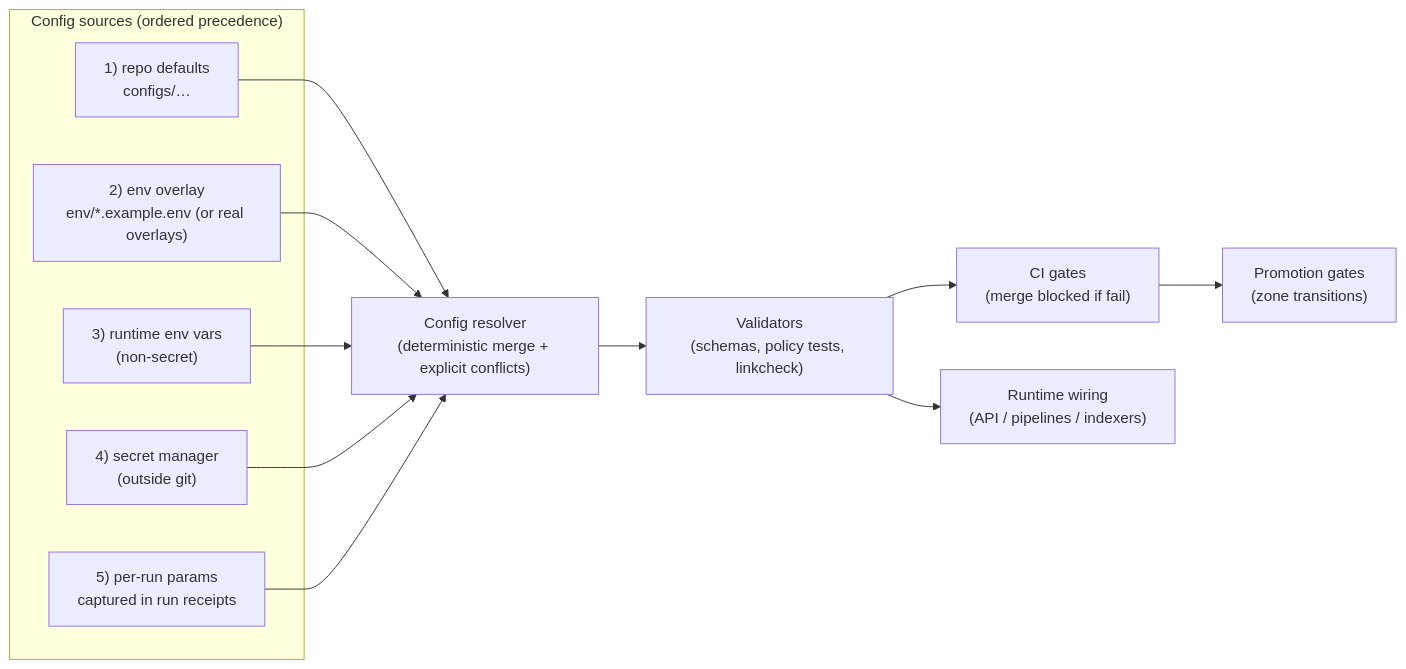
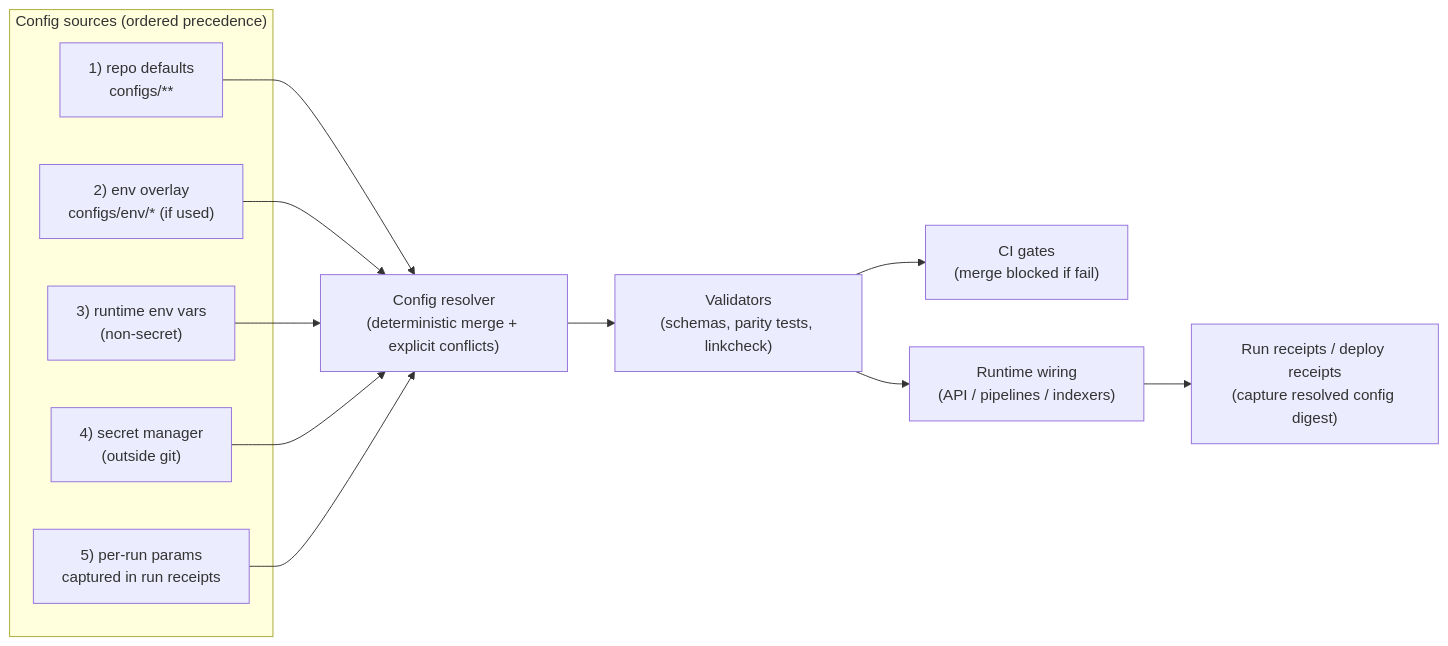
One commit to bartytime4life/Kansas-Frontier-Matrix changed the diagram in configs/README.md. Above: the diagram before and after it, drawn with Mermaid. The commit also changed other lines of this file, not shown here.

````diff
--- a/configs/README.md
+++ b/configs/README.md
@@ -317,24 +395,24 @@
 ```mermaid
 flowchart LR
   subgraph Sources["Config sources (ordered precedence)"]
-    A["1) repo defaults<br/>configs/…"]
-    B["2) env overlay<br/>env/*.example.env (or real overlays)"]
+    A["1) repo defaults<br/>configs/**"]
+    B["2) env overlay<br/>configs/env/* (if used)"]
     C["3) runtime env vars<br/>(non-secret)"]
     D["4) secret manager<br/>(outside git)"]
     E["5) per-run params<br/>captured in run receipts"]
   end
 
   R["Config resolver<br/>(deterministic merge + explicit conflicts)"]
 
   A --> R
   B --> R
   C --> R
   D --> R
   E --> R
 
-  R --> V["Validators<br/>(schemas, policy tests, linkcheck)"]
+  R --> V["Validators<br/>(schemas, parity tests, linkcheck)"]
   V --> CI["CI gates<br/>(merge blocked if fail)"]
   V --> RT["Runtime wiring<br/>(API / pipelines / indexers)"]
 
-  CI --> P["Promotion gates<br/>(zone transitions)"]
+  RT --> REC["Run receipts / deploy receipts<br/>(capture resolved config digest)"]
 ```
````
